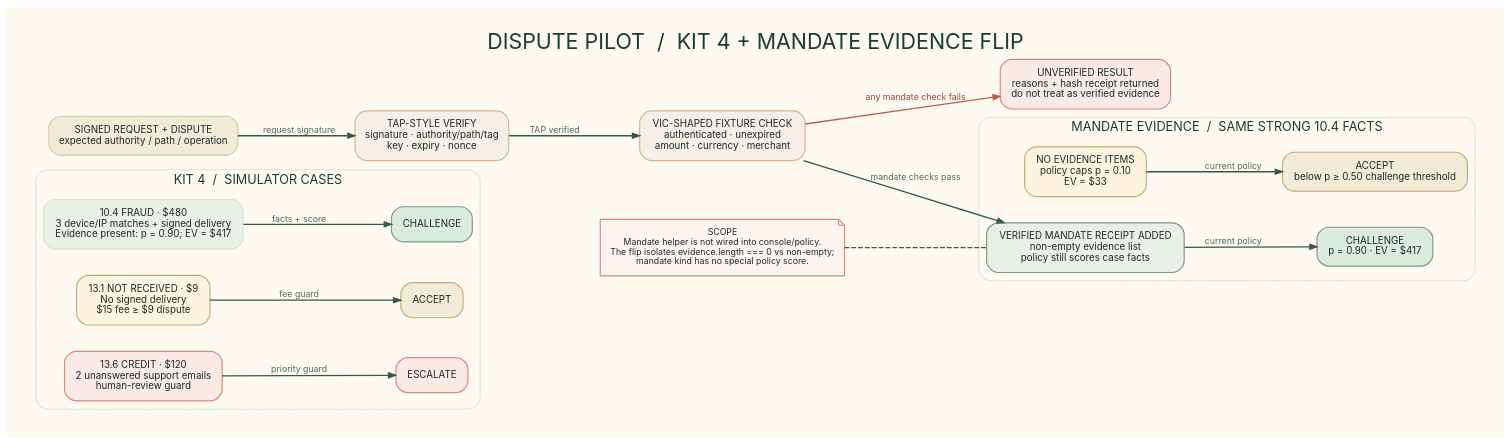
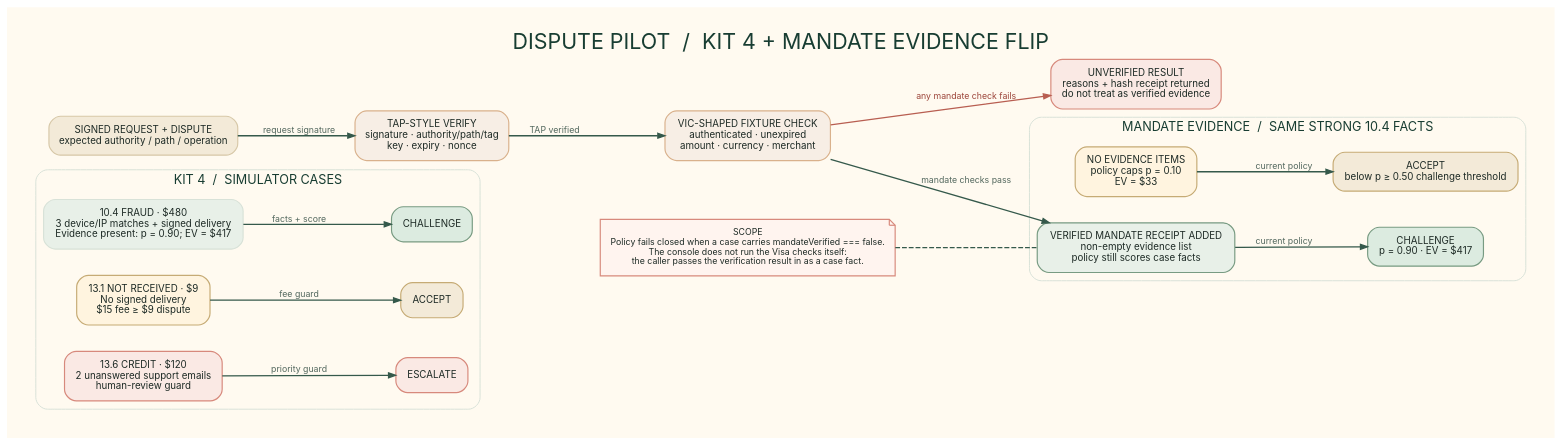
The diagram in docs/kit4-and-mandate.dot (vyayasan/dispute-pilot), drawn with Graphviz before and after one commit. The commit also changed 10 other files, not shown here.

Commit message:
Refresh architecture and Kit 4 diagrams, update docs for the live gateway

```diff
--- a/docs/kit4-and-mandate.dot
+++ b/docs/kit4-and-mandate.dot
@@ -1,36 +1,36 @@
 digraph kit4 {
   graph [rankdir=LR, bgcolor="#fffaf0", pad="0.3", nodesep="0.38", ranksep="0.58", splines=polyline, fontname="Inter", labelloc=t, label="DISPUTE PILOT  /  KIT 4 + MANDATE EVIDENCE FLIP", fontsize=22, fontcolor="#183d32"];
   node [shape=box, style="rounded,filled", color="#d8e2d8", fillcolor="#fffdf8", fontname="Inter", fontsize=10, fontcolor="#1d2a25", margin="0.15,0.12", penwidth=1.2];
   edge [color="#35594b", penwidth=1.35, arrowsize=0.72, fontname="Inter", fontsize=9, fontcolor="#52675d"];
   subgraph cluster_k4 {
     label="KIT 4  /  SIMULATOR CASES"; color="#d8e2d8"; style="rounded"; fontname="Inter"; fontsize=13; fontcolor="#183d32";
     c1 [label="10.4 FRAUD · $480\n3 device/IP matches + signed delivery\nEvidence present: p = 0.90; EV = $417", fillcolor="#e8f0e8"];
     a1 [label="CHALLENGE", fillcolor="#dcebe0", color="#789b82"];
     c2 [label="13.1 NOT RECEIVED · $9\nNo signed delivery\n$15 fee ≥ $9 dispute", fillcolor="#fff4df", color="#c6ab75"];
     a2 [label="ACCEPT", fillcolor="#f3ead8", color="#c6ab75"];
     c3 [label="13.6 CREDIT · $120\n2 unanswered support emails\nhuman-review guard", fillcolor="#fae9e4", color="#d7897c"];
     a3 [label="ESCALATE", fillcolor="#fae9e4", color="#d7897c"];
     c1 -> a1 [label="facts + score"];
     c2 -> a2 [label="fee guard"];
     c3 -> a3 [label="priority guard"];
   }
   signed [label="SIGNED REQUEST + DISPUTE\nexpected authority / path / operation", fillcolor="#f3ead8", color="#d7c8a8"];
   subgraph cluster_flip {
     label="MANDATE EVIDENCE  /  SAME STRONG 10.4 FACTS"; color="#d8e2d8"; style="rounded"; fontname="Inter"; fontsize=13; fontcolor="#183d32";
     noev [label="NO EVIDENCE ITEMS\npolicy caps p = 0.10\nEV = $33", fillcolor="#fff4df", color="#c6ab75"];
     accept [label="ACCEPT\nbelow p ≥ 0.50 challenge threshold", fillcolor="#f3ead8", color="#c6ab75"];
     receipt [label="VERIFIED MANDATE RECEIPT ADDED\nnon-empty evidence list\npolicy still scores case facts", fillcolor="#e8f0e8", color="#789b82"];
     challenge [label="CHALLENGE\np = 0.90 · EV = $417", fillcolor="#dcebe0", color="#789b82"];
     noev -> accept [label="current policy"];
     receipt -> challenge [label="current policy"];
   }
   tap [label="TAP-STYLE VERIFY\nsignature · authority/path/tag\nkey · expiry · nonce", fillcolor="#f7eee5", color="#d9b18c"];
   vic [label="VIC-SHAPED FIXTURE CHECK\nauthenticated · unexpired\namount · currency · merchant", fillcolor="#f7eee5", color="#d9b18c"];
   unverified [label="UNVERIFIED RESULT\nreasons + hash receipt returned\ndo not treat as verified evidence", fillcolor="#fae9e4", color="#d7897c"];
   signed -> tap [label="request signature"];
   tap -> vic [label="TAP verified"];
   vic -> receipt [label="mandate checks pass"];
   vic -> unverified [label="any mandate check fails", color="#b85e51", fontcolor="#9b4338"];
-  caveat [shape=note, label="SCOPE\nMandate helper is not wired into console/policy.\nThe flip isolates evidence.length === 0 vs non-empty;\nmandate kind has no special policy score.", fillcolor="#fff4ef", color="#d7897c", fontsize=9];
+  caveat [shape=note, label="SCOPE\nPolicy fails closed when a case carries mandateVerified === false.\nThe console does not run the Visa checks itself:\nthe caller passes the verification result in as a case fact.", fillcolor="#fff4ef", color="#d7897c", fontsize=9];
   caveat -> receipt [style=dashed, arrowhead=none];
 }
```
